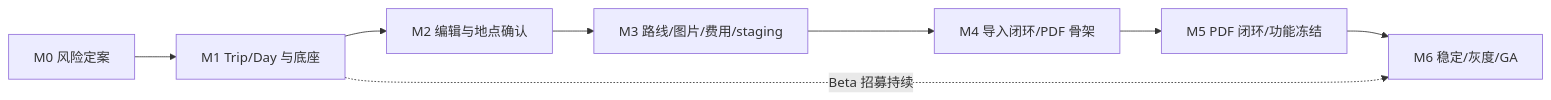
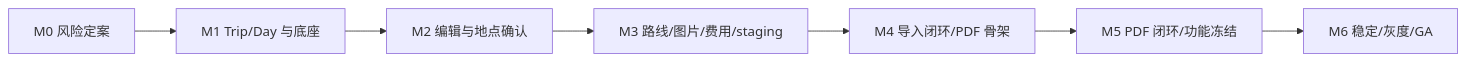
Before and after one commit to zinan-c/OnTheRoad: the first of 2 diagrams in docs/DEVELOPMENT_MILESTONE.md, drawn with Mermaid. The commit also changed other lines of this file and 4 other files, not shown here.

````diff
--- a/docs/DEVELOPMENT_MILESTONE.md
+++ b/docs/DEVELOPMENT_MILESTONE.md
@@ -54,10 +54,9 @@
 ```mermaid
 flowchart LR
   M0["M0 风险定案"] --> M1["M1 Trip/Day 与底座"]
   M1 --> M2["M2 编辑与地点确认"]
   M2 --> M3["M3 路线/图片/费用/staging"]
   M3 --> M4["M4 导入闭环/PDF 骨架"]
   M4 --> M5["M5 PDF 闭环/功能冻结"]
   M5 --> M6["M6 稳定/灰度/GA"]
-  M1 -. "Beta 招募持续" .-> M6
 ```
````
